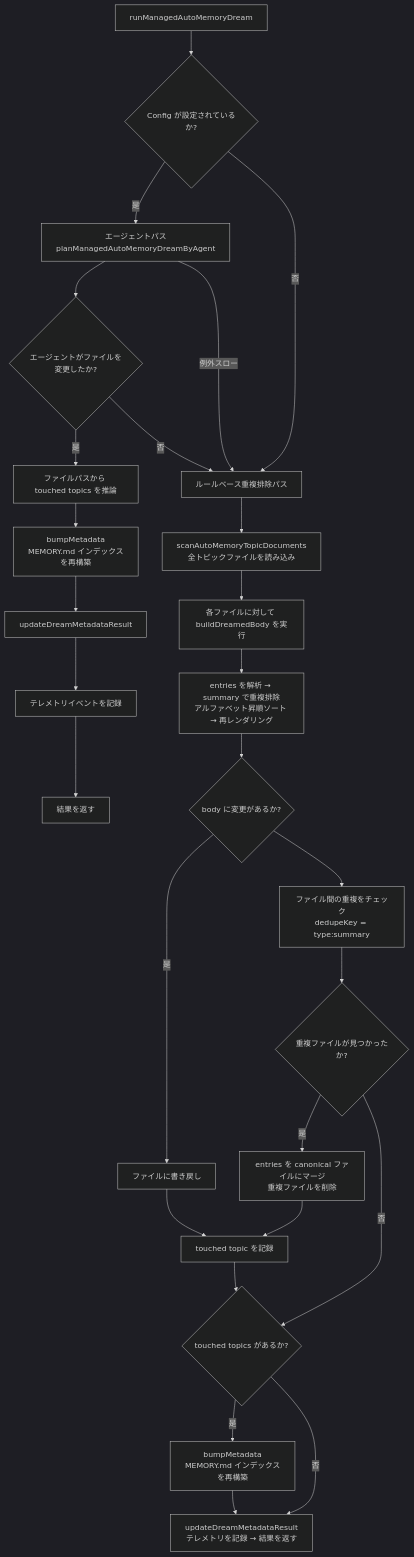
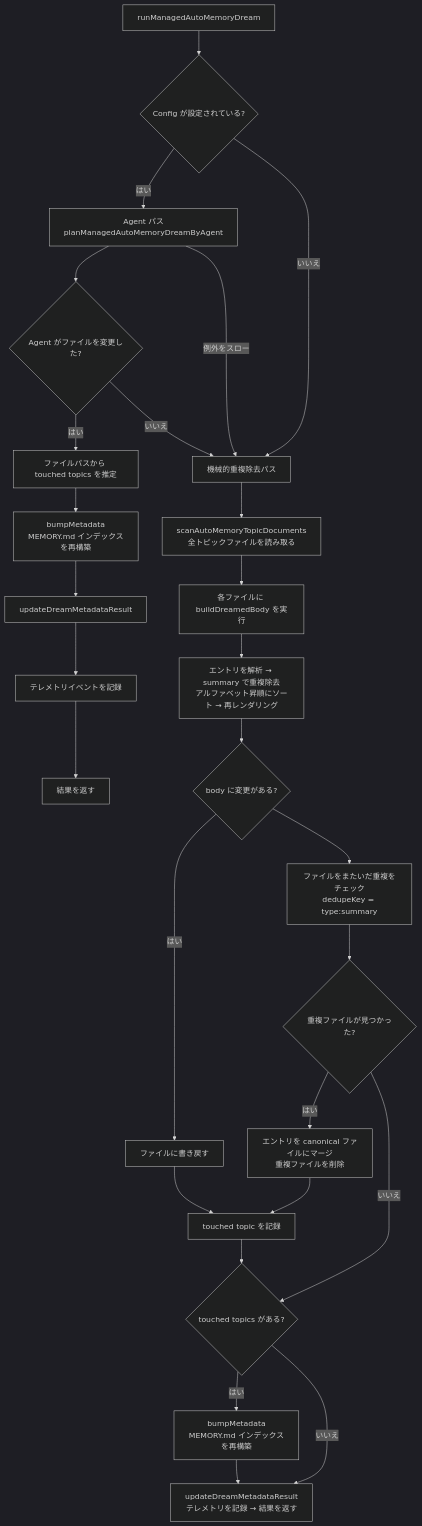
One commit to QwenLM/qwen-code-docs changed the fifth of 7 diagrams in website/content/ja/design/auto-memory/memory-system.md. Above: the diagram before and after it, drawn with Mermaid (dark theme). The commit also changed other lines of this file and 117 other files, not shown here.

````diff
--- a/website/content/ja/design/auto-memory/memory-system.md
+++ b/website/content/ja/design/auto-memory/memory-system.md
@@ -298,30 +299,30 @@
 ```mermaid
 flowchart TD
-    A[runManagedAutoMemoryDream] --> B{Config が設定されているか?}
-    B -- 是 --> C[エージェントパス\nplanManagedAutoMemoryDreamByAgent]
-    C --> D{エージェントがファイルを変更したか?}
-    D -- 是 --> E[ファイルパスから touched topics を推論]
+    A[runManagedAutoMemoryDream] --> B{Config が設定されている?}
+    B -- はい --> C[Agent パス\nplanManagedAutoMemoryDreamByAgent]
+    C --> D{Agent がファイルを変更した?}
+    D -- はい --> E[ファイルパスから touched topics を推定]
     E --> F[bumpMetadata\nMEMORY.md インデックスを再構築]
     F --> G[updateDreamMetadataResult]
     G --> H[テレメトリイベントを記録]
     H --> I[結果を返す]
-    B -- 否 --> J[ルールベース重複排除パス]
-    C -- 例外スロー --> J
-    D -- 否 --> J
+    B -- いいえ --> J[機械的重複除去パス]
+    C -- 例外をスロー --> J
+    D -- いいえ --> J
 
-    J --> K[scanAutoMemoryTopicDocuments\n全トピックファイルを読み込み]
-    K --> L[各ファイルに対して buildDreamedBody を実行]
-    L --> M[entries を解析 → summary で重複排除\nアルファベット昇順ソート → 再レンダリング]
-    M --> N{body に変更があるか?}
-    N -- 是 --> O[ファイルに書き戻し]
+    J --> K[scanAutoMemoryTopicDocuments\n全トピックファイルを読み取る]
+    K --> L[各ファイルに buildDreamedBody を実行]
+    L --> M[エントリを解析 → summary で重複除去\nアルファベット昇順にソート → 再レンダリング]
+    M --> N{body に変更がある?}
+    N -- はい --> O[ファイルに書き戻す]
     O --> P[touched topic を記録]
-    N --> Q[ファイル間の重複をチェック\ndedupeKey = type:summary]
-    Q --> R{重複ファイルが見つかったか?}
-    R -- 是 --> S[entries を canonical ファイルにマージ\n重複ファイルを削除]
+    N --> Q[ファイルをまたいだ重複をチェック\ndedupeKey = type:summary]
+    Q --> R{重複ファイルが見つかった?}
+    R -- はい --> S[エントリを canonical ファイルにマージ\n重複ファイルを削除]
     S --> P
-    R -- 否 --> T{touched topics があるか?}
+    R -- いいえ --> T{touched topics がある?}
     P --> T
-    T -- 是 --> U[bumpMetadata\nMEMORY.md インデックスを再構築]
+    T -- はい --> U[bumpMetadata\nMEMORY.md インデックスを再構築]
     U --> V[updateDreamMetadataResult\nテレメトリを記録 → 結果を返す]
-    T -- 否 --> V
+    T -- いいえ --> V
 ```
````
